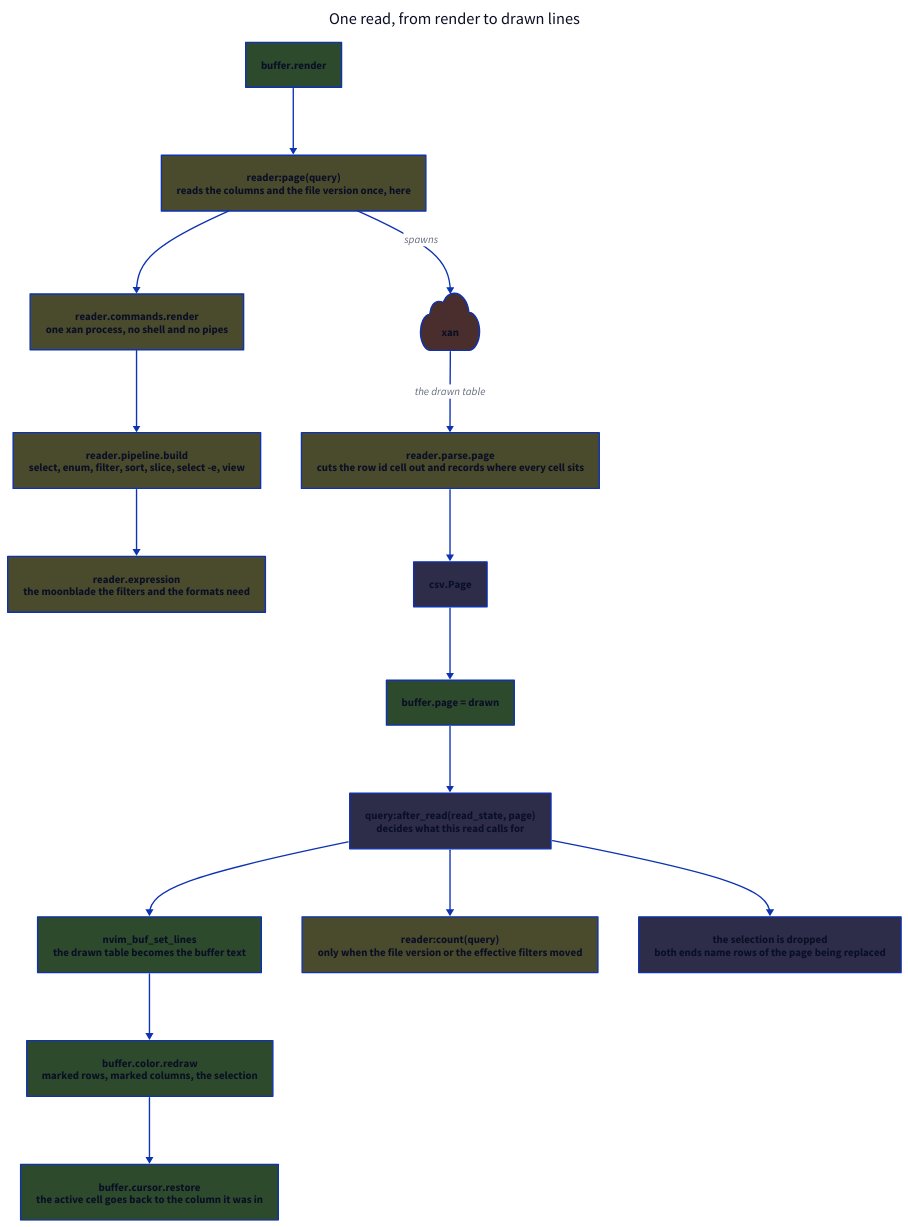
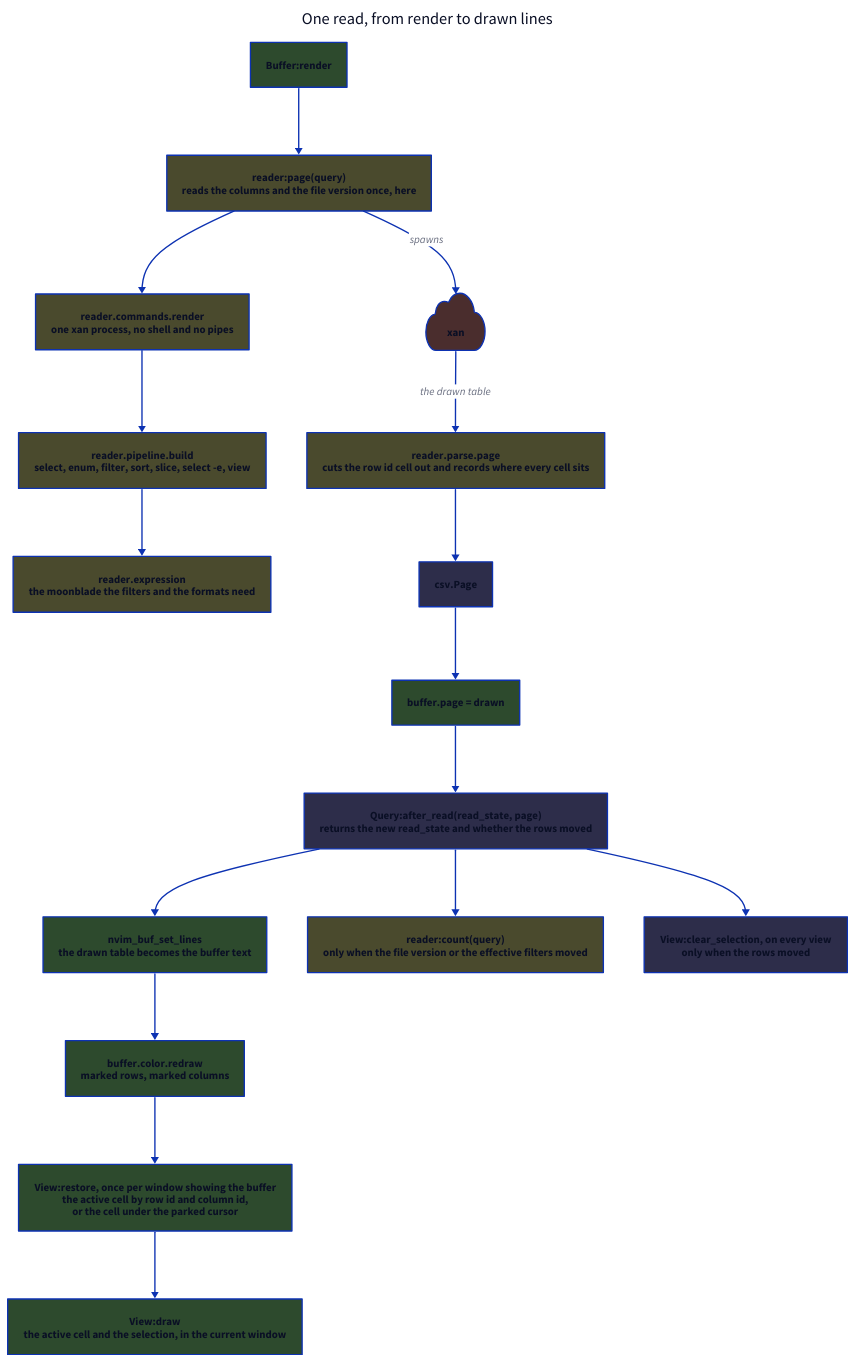
One commit to cseickel/csv-table.nvim changed the diagram in docs/04-read-path.d2. Above: the diagram before and after it, drawn with D2. The commit also changed 39 other files, not shown here.

First line of the commit message:
refactor: replace per-window state maps with csv.View

```diff
--- a/docs/04-read-path.d2
+++ b/docs/04-read-path.d2
@@ -1,53 +1,55 @@
 direction: down
 
 title: One read, from render to drawn lines {
   near: top-center
   shape: text
   style.font-size: 24
 }
 
 classes: {
   data: {style.fill: "#2d2d4a"}
   run: {style.fill: "#4a4a2d"}
   draw: {style.fill: "#2d4a2d"}
   external: {style.fill: "#4a2d2d"}
 }
 
-render: "buffer.render" {class: draw}
+render: "Buffer:render" {class: draw}
 
 page_call: "reader:page(query)\nreads the columns and the file version once, here" {class: run}
 commands: "reader.commands.render\none xan process, no shell and no pipes" {class: run}
 pipeline: "reader.pipeline.build\nselect, enum, filter, sort, slice, select -e, view" {class: run}
 expression: "reader.expression\nthe moonblade the filters and the formats need" {class: run}
 
 xan: xan {
   class: external
   shape: cloud
 }
 
 parse: "reader.parse.page\ncuts the row id cell out and records where every cell sits" {class: run}
 csvpage: "csv.Page" {class: data}
 
 store: "buffer.page = drawn" {class: draw}
-after: "query:after_read(read_state, page)\ndecides what this read calls for" {class: data}
+after: "Query:after_read(read_state, page)\nreturns the new read_state and whether the rows moved" {class: data}
 lines: "nvim_buf_set_lines\nthe drawn table becomes the buffer text" {class: draw}
-color: "buffer.color.redraw\nmarked rows, marked columns, the selection" {class: draw}
-restore: "buffer.cursor.restore\nthe active cell goes back to the column it was in" {class: draw}
+color: "buffer.color.redraw\nmarked rows, marked columns" {class: draw}
+restore: "View:restore, once per window showing the buffer\nthe active cell by row id and column id,\nor the cell under the parked cursor" {class: draw}
+draw: "View:draw\nthe active cell and the selection, in the current window" {class: draw}
 
 count: "reader:count(query)\nonly when the file version or the effective filters moved" {class: run}
-selection: "the selection is dropped\nboth ends name rows of the page being replaced" {class: data}
+selection: "View:clear_selection, on every view\nonly when the rows moved" {class: data}
 
 render -> page_call
 page_call -> commands
 commands -> pipeline
 pipeline -> expression
 page_call -> xan: spawns
 xan -> parse: the drawn table
 parse -> csvpage
 csvpage -> store
 store -> after
 after -> count
 after -> selection
 after -> lines
 lines -> color
 color -> restore
+restore -> draw
```
